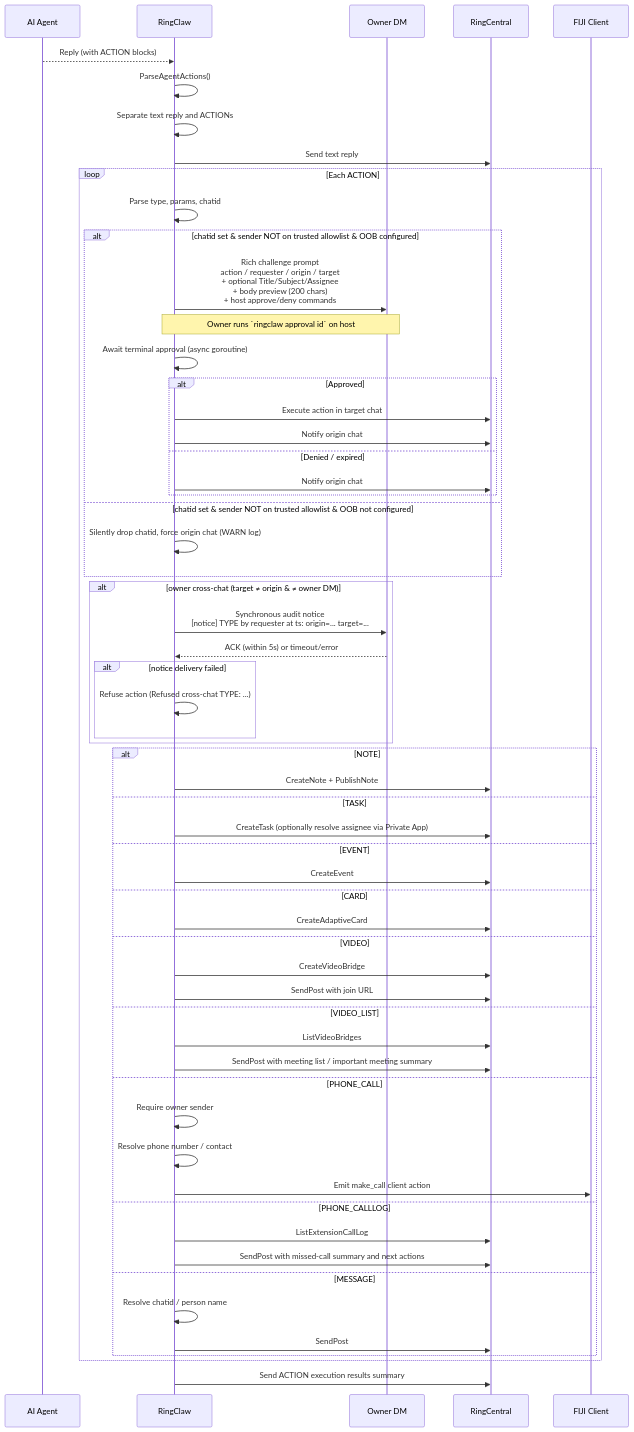
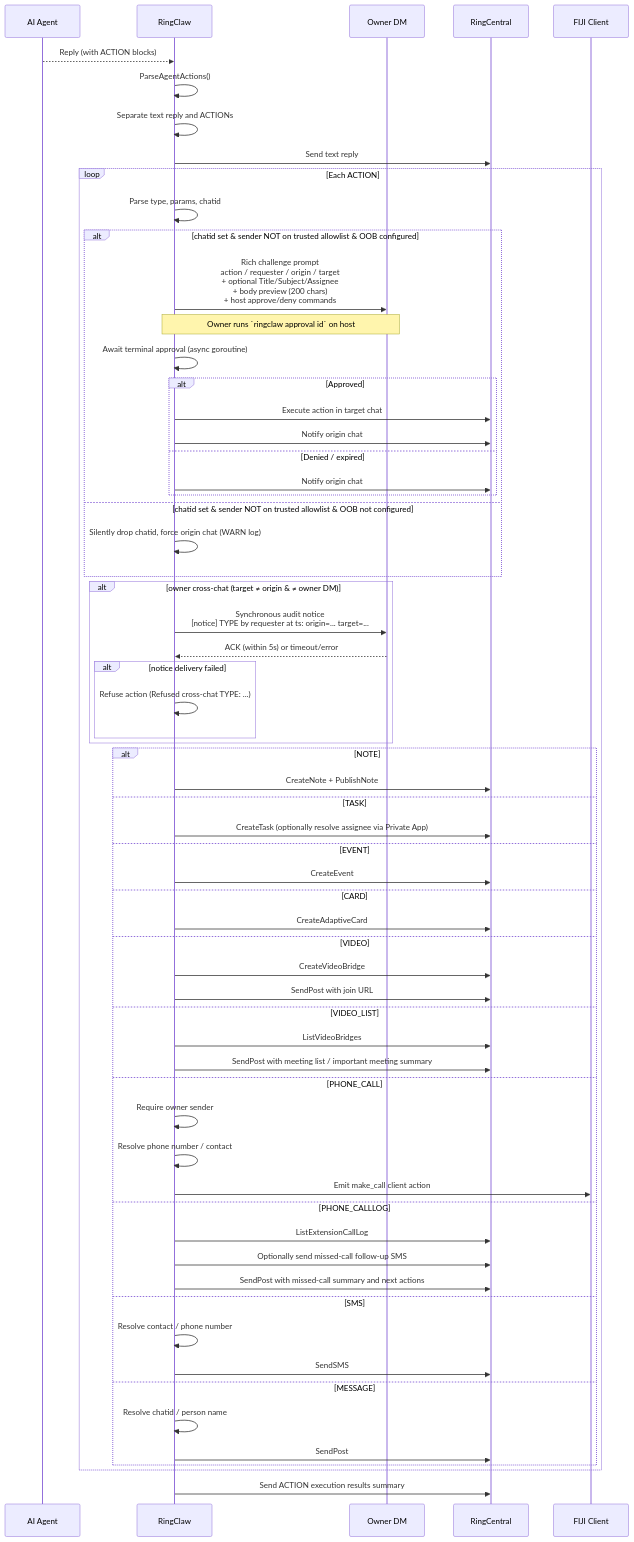
Before and after one commit to ringclaw/ringclaw: the diagram in docs/features/actions.md, drawn with Mermaid. The commit also changed other lines of this file and 25 other files, not shown here.

First line of the commit message:
feat: add SMS actions and missed-call follow-up

````diff
--- a/docs/features/actions.md
+++ b/docs/features/actions.md
@@ -13,62 +13,66 @@
 ```mermaid
 sequenceDiagram
     participant AI as AI Agent
     participant R as RingClaw
     participant O as Owner DM
     participant RC as RingCentral
     participant FIJI as FIJI Client
 
     AI-->>R: Reply (with ACTION blocks)
     R->>R: ParseAgentActions()
     R->>R: Separate text reply and ACTIONs
     R->>RC: Send text reply
     loop Each ACTION
         R->>R: Parse type, params, chatid
         alt chatid set & sender NOT on trusted allowlist & OOB configured
             R->>O: Rich challenge prompt<br/>action / requester / origin / target<br/>+ optional Title/Subject/Assignee<br/>+ body preview (200 chars)<br/>+ host approve/deny commands
             Note over O,R: Owner runs `ringclaw approval id` on host
             R->>R: Await terminal approval (async goroutine)
             alt Approved
                 R->>RC: Execute action in target chat
                 R->>RC: Notify origin chat
             else Denied / expired
                 R->>RC: Notify origin chat
             end
         else chatid set & sender NOT on trusted allowlist & OOB not configured
             R->>R: Silently drop chatid, force origin chat (WARN log)
         end
         alt owner cross-chat (target ≠ origin & ≠ owner DM)
             R->>O: Synchronous audit notice<br/>[notice] TYPE by requester at ts: origin=... target=...
             O-->>R: ACK (within 5s) or timeout/error
             alt notice delivery failed
                 R->>R: Refuse action (Refused cross-chat TYPE: ...)
             end
         end
         alt NOTE
             R->>RC: CreateNote + PublishNote
         else TASK
             R->>RC: CreateTask (optionally resolve assignee via Private App)
         else EVENT
             R->>RC: CreateEvent
         else CARD
             R->>RC: CreateAdaptiveCard
         else VIDEO
             R->>RC: CreateVideoBridge
             R->>RC: SendPost with join URL
         else VIDEO_LIST
             R->>RC: ListVideoBridges
             R->>RC: SendPost with meeting list / important meeting summary
         else PHONE_CALL
             R->>R: Require owner sender
             R->>R: Resolve phone number / contact
             R->>FIJI: Emit make_call client action
         else PHONE_CALLLOG
             R->>RC: ListExtensionCallLog
+            R->>RC: Optionally send missed-call follow-up SMS
             R->>RC: SendPost with missed-call summary and next actions
+        else SMS
+            R->>R: Resolve contact / phone number
+            R->>RC: SendSMS
         else MESSAGE
             R->>R: Resolve chatid / person name
             R->>RC: SendPost
         end
     end
     R->>RC: Send ACTION execution results summary
 ```
````
